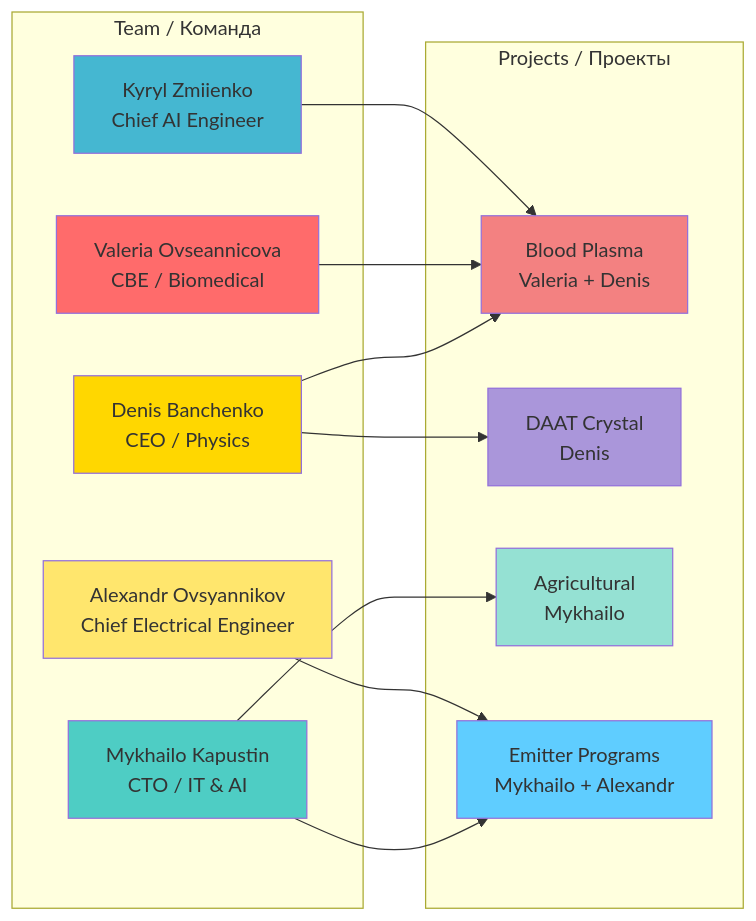
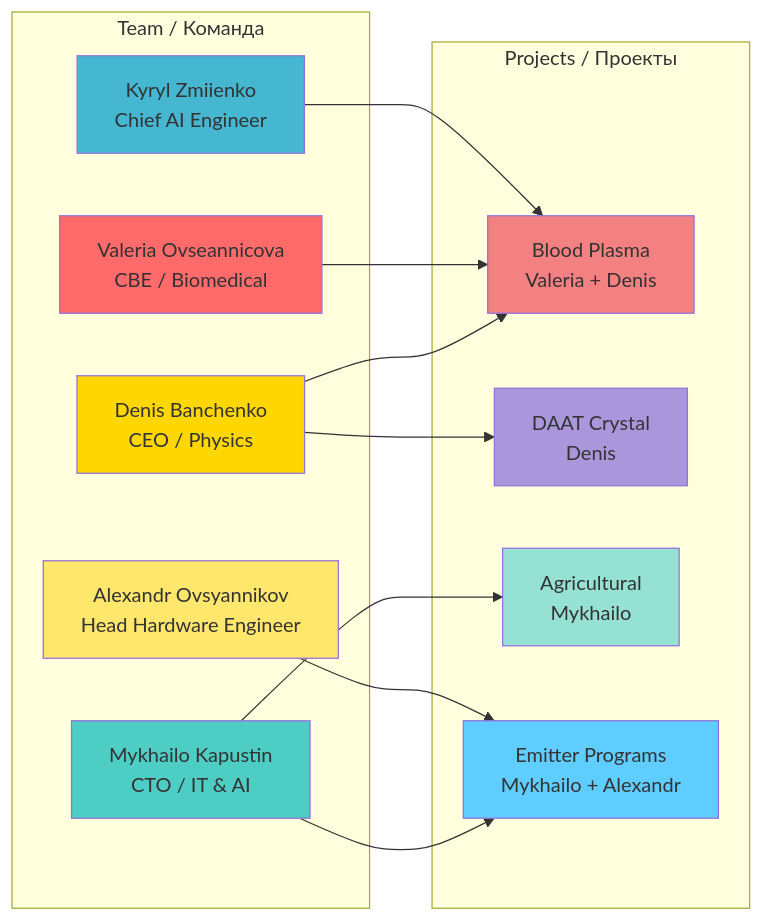
Before and after one commit to AdvancedScientificResearchProjects/Hyperbolic_Field_BloodPlasma_Study: the second of 4 diagrams in ADVANCED_SCIENTIFIC_RESEARCH_PROJECTS/Hyperbolic_Field_BloodPlasma_Study/ISSUE_2_UPDATED.md, drawn with Mermaid. The commit also changed other lines of this file and 11 other files, not shown here.

````diff
--- a/ADVANCED_SCIENTIFIC_RESEARCH_PROJECTS/Hyperbolic_Field_BloodPlasma_Study/ISSUE_2_UPDATED.md
+++ b/ADVANCED_SCIENTIFIC_RESEARCH_PROJECTS/Hyperbolic_Field_BloodPlasma_Study/ISSUE_2_UPDATED.md
@@ -69,35 +69,35 @@
 ```mermaid
 flowchart LR
     subgraph Team[ Team / Команда]
         D[Denis Banchenko<br/>CEO / Physics]
         V[Valeria Ovseannicova<br/>CBE / Biomedical]
         M[Mykhailo Kapustin<br/>CTO / IT & AI]
         K[Kyryl Zmiienko<br/>Chief AI Engineer]
-        A[Alexandr Ovsyannikov<br/>Chief Electrical Engineer]
+        A[Alexandr Ovsyannikov<br/>Head Hardware Engineer]
     end
     
     subgraph Projects[ Projects / Проекты]
         P1[ Blood Plasma<br/>Valeria + Denis]
         P2[ DAAT Crystal<br/>Denis]
         P3[ Agricultural<br/>Mykhailo]
         P4[ Emitter Programs<br/>Mykhailo + Alexandr]
     end
     
     D --> P1
     D --> P2
     V --> P1
     M --> P3
     M --> P4
     K --> P1
     A --> P4
     
     style D fill:#ffd700
     style V fill:#ff6b6b
     style M fill:#4ecdc4
     style K fill:#45b7d1
     style A fill:#ffe66d
     style P1 fill:#f38181
     style P2 fill:#aa96da
     style P3 fill:#95e1d3
     style P4 fill:#5fcdff
 ```
````
